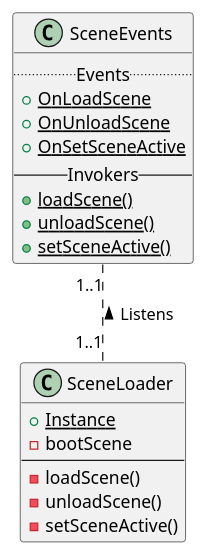
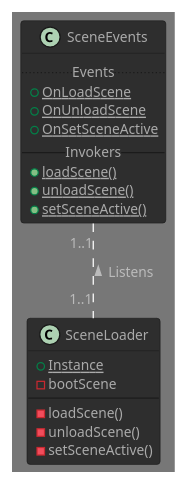
One commit to jskelly2021/Journey changed the diagram in UML/scenesystem.iuml. Above: the diagram before and after it, drawn with PlantUML. The commit also changed 6 other files, not shown here.

```diff
--- a/UML/scenesystem.iuml
+++ b/UML/scenesystem.iuml
@@ -1,24 +1,26 @@
 @startuml scenesystem
+!theme reddress-darkblue
+
 class SceneLoader {
     {static} +Instance
     -bootScene
     --
     -loadScene()
     -unloadScene()
     -setSceneActive()
 }
 
 class SceneEvents {
     ..Events..
     {static} +OnLoadScene
     {static} +OnUnloadScene
     {static} +OnSetSceneActive
     --Invokers--
     {static} +loadScene()
     {static} +unloadScene()
     {static} +setSceneActive()
 }
 
 SceneLoader    "1..1"   .up.    "1..1"    SceneEvents   : " Listens >"
 
 @enduml
```
